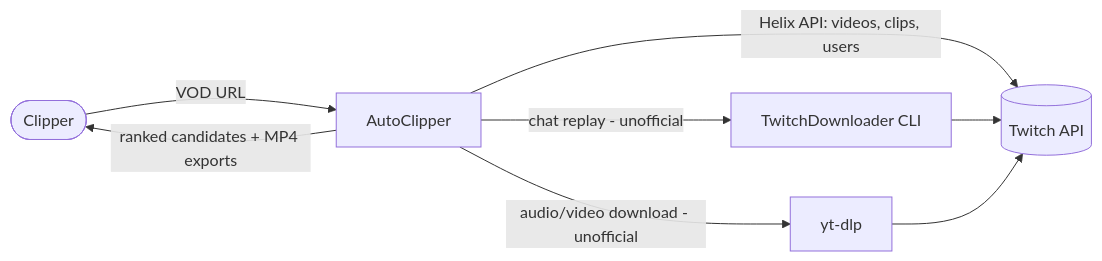
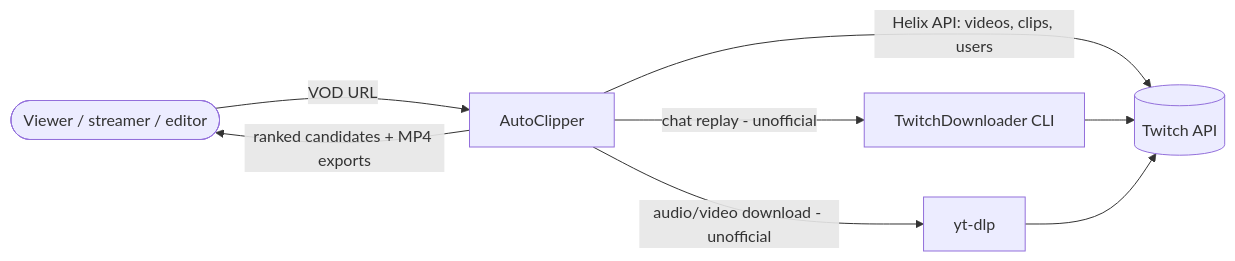
One commit to adillpickles/AutoClipper changed the first of 2 diagrams in docs/architecture/overview.md. Above: the diagram before and after it, drawn with Mermaid. The commit also changed other lines of this file and 40 other files, not shown here.

````diff
--- a/docs/architecture/overview.md
+++ b/docs/architecture/overview.md
@@ -22,10 +22,10 @@
 ```mermaid
 flowchart LR
-    user([Clipper]) -->|VOD URL| app[AutoClipper]
+    user([Viewer / streamer / editor]) -->|VOD URL| app[AutoClipper]
     app -->|Helix API: videos, clips, users| twitch[(Twitch API)]
     app -->|chat replay - unofficial| tdl[TwitchDownloader CLI]
     app -->|audio/video download - unofficial| ytdlp[yt-dlp]
     app -->|ranked candidates + MP4 exports| user
     tdl --> twitch
     ytdlp --> twitch
 ```
````
